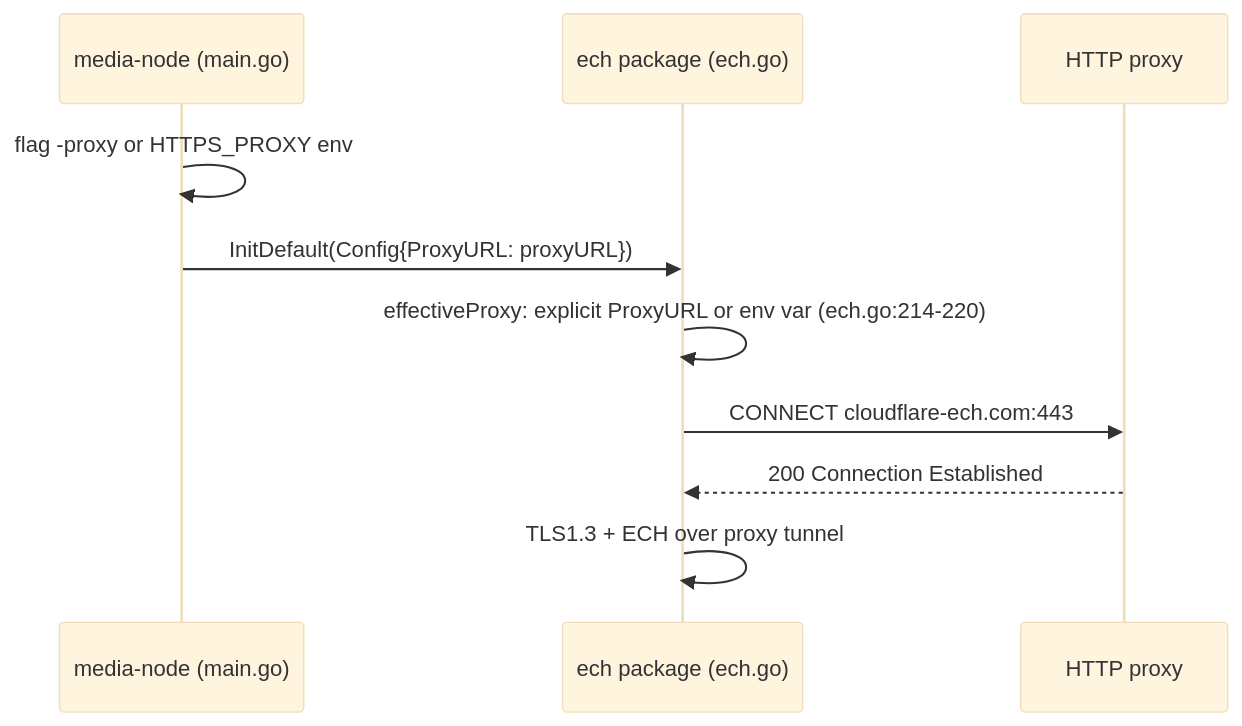
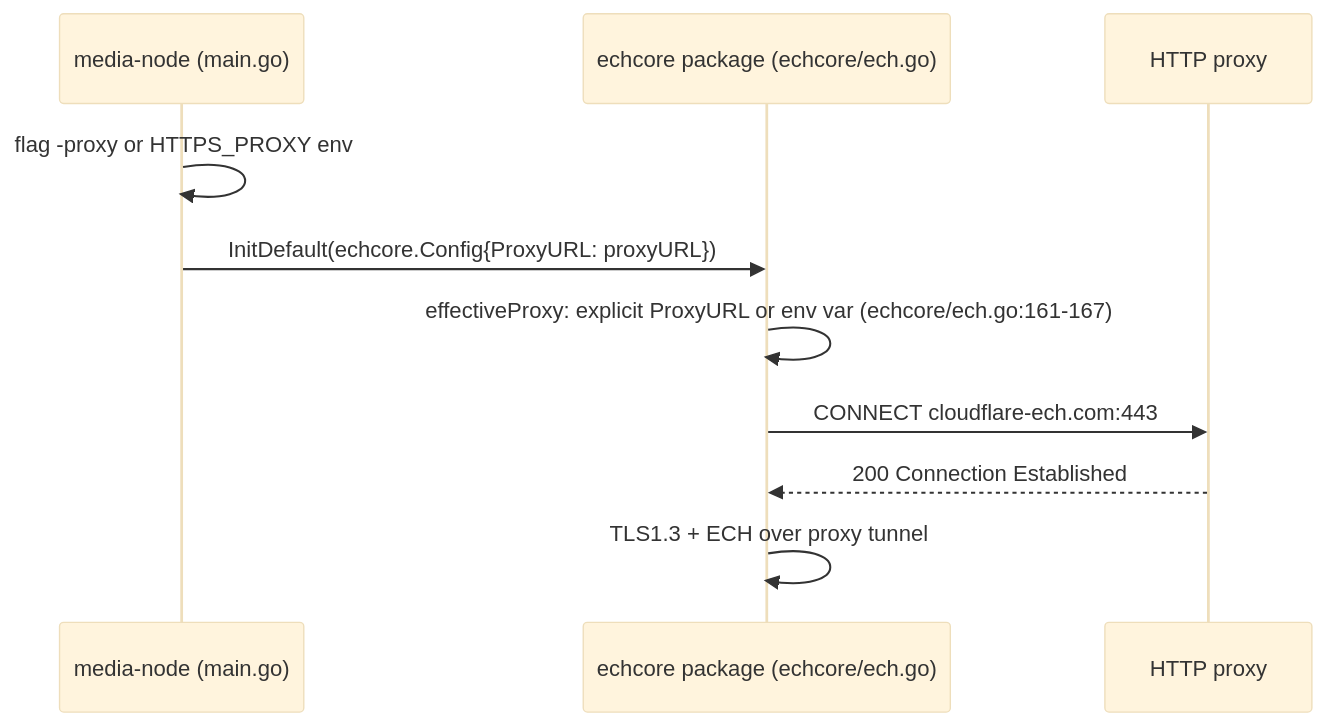
One commit to Hana-ame/peerdrive changed the fourth of 4 diagrams in doc/design/connections/13-media-node-ech.md. Above: the diagram before and after it, drawn with Mermaid (base theme). The commit also changed other lines of this file and 4 other files, not shown here.

First line of the commit message:
fix(doc-refs): update ech.go references to echcore/ech.go after #47 migration

````diff
--- a/doc/design/connections/13-media-node-ech.md
+++ b/doc/design/connections/13-media-node-ech.md
@@ -123,13 +123,13 @@
 ```mermaid
 sequenceDiagram
   participant M as media-node (main.go)
-  participant E as ech package (ech.go)
+  participant E as echcore package (echcore/ech.go)
   participant Proxy as HTTP proxy
 
   M->>M: flag -proxy or HTTPS_PROXY env
-  M->>E: InitDefault(Config{ProxyURL: proxyURL})
-  E->>E: effectiveProxy: explicit ProxyURL or env var (ech.go:214-220)
+  M->>E: InitDefault(echcore.Config{ProxyURL: proxyURL})
+  E->>E: effectiveProxy: explicit ProxyURL or env var (echcore/ech.go:161-167)
   E->>Proxy: CONNECT cloudflare-ech.com:443
   Proxy-->>E: 200 Connection Established
   E->>E: TLS1.3 + ECH over proxy tunnel
 ```
````
